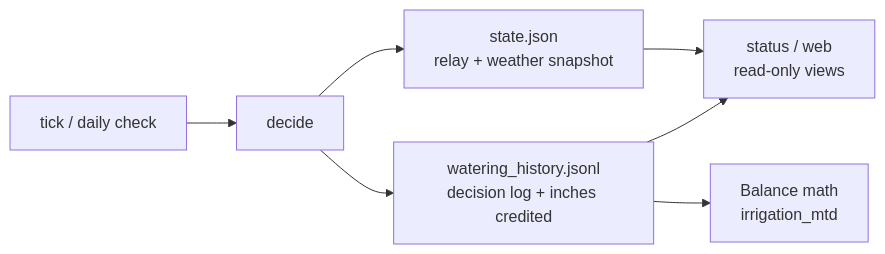
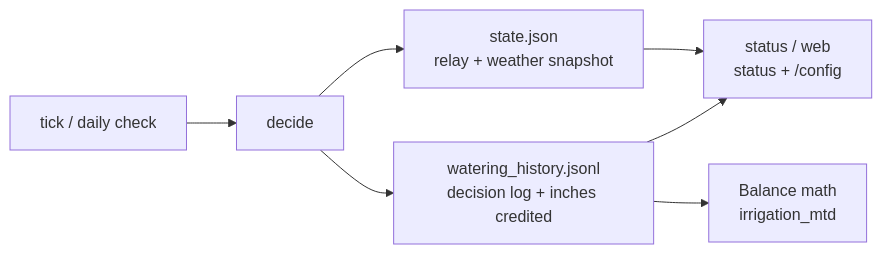
One commit to grevelle/sprinkler-rain-bypass changed the second of 7 diagrams in README.md. Above: the diagram before and after it, drawn with Mermaid. The commit also changed other lines of this file, not shown here.

Commit message:
Align README with the web /config settings page.

````diff
--- a/README.md
+++ b/README.md
@@ -172,9 +172,9 @@
 ```mermaid
 flowchart LR
   tick[tick / daily check] --> decide[decide]
   decide --> relay[state.json<br/>relay + weather snapshot]
   decide --> hist[watering_history.jsonl<br/>decision log + inches credited]
   hist --> balance[Balance math<br/>irrigation_mtd]
-  relay --> status[status / web<br/>read-only views]
+  relay --> status[status / web<br/>status + /config]
   hist --> status
 ```
````
